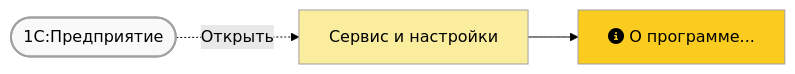
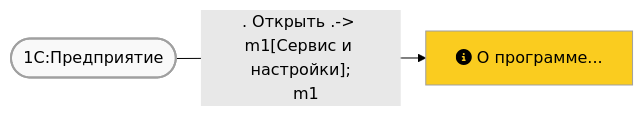
One commit to lugovoe/manual changed the diagram in faq/crash/main-white-window.md. Above: the diagram before and after it, drawn with Mermaid (forest theme).

````diff
--- a/faq/crash/main-white-window.md
+++ b/faq/crash/main-white-window.md
@@ -28,11 +28,11 @@
 ``` mermaid
 flowchart LR
   b1([1С:Предприятие]);
-  b1 -. Открыть .-> m1[Сервис и настройки];
+  b1 --. Открыть .-> m1[Сервис и настройки];
   m1 --> m2[fa:fa-info-circle О программе...];
   classDef default fill:#facc1f,stroke:#a0a0a0,stroke-width:1px;
   classDef button fill:#f9f9f9,stroke:#a0a0a0,stroke-width:2px;
   classDef mainmenu fill:#fbed9e,stroke:#a0a0a0,stroke-width:1px;
   class b1 button;
   class m1 mainmenu;
 ```
````
